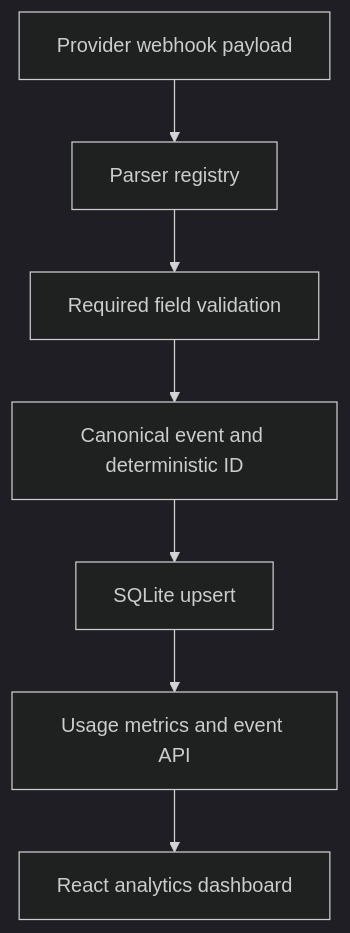
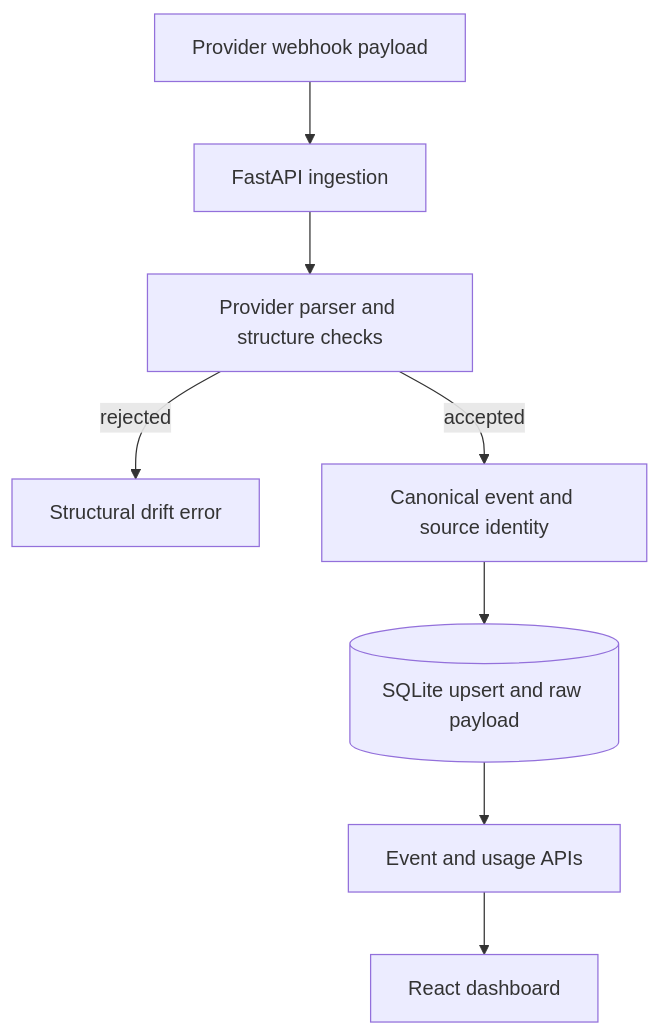
Before and after one commit to ryash14/Oximy: the diagram in README.md, drawn with Mermaid. The commit also changed other lines of this file and 5 other files, not shown here.

Commit message:
docs: explain purpose, architecture, usage and contribution workflow

````diff
--- a/README.md
+++ b/README.md
@@ -7,17 +42,10 @@
 ```mermaid
-%%{init: {'theme': 'dark'}}%%
-flowchart TD
-    N0["Provider webhook payload"]
-    N1["Parser registry"]
-    N2["Required field validation"]
-    N3["Canonical event and deterministic ID"]
-    N4["SQLite upsert"]
-    N5["Usage metrics and event API"]
-    N6["React analytics dashboard"]
-    N0 --> N1
-    N1 --> N2
-    N2 --> N3
-    N3 --> N4
-    N4 --> N5
-    N5 --> N6
+flowchart TB
+    Payload["Provider webhook payload"] --> API["FastAPI ingestion"]
+    API --> Parse["Provider parser and structure checks"]
+    Parse -->|rejected| Error["Structural drift error"]
+    Parse -->|accepted| Event["Canonical event and source identity"]
+    Event --> DB[("SQLite upsert and raw payload")]
+    DB --> Metrics["Event and usage APIs"]
+    Metrics --> UI["React dashboard"]
 ```
````
